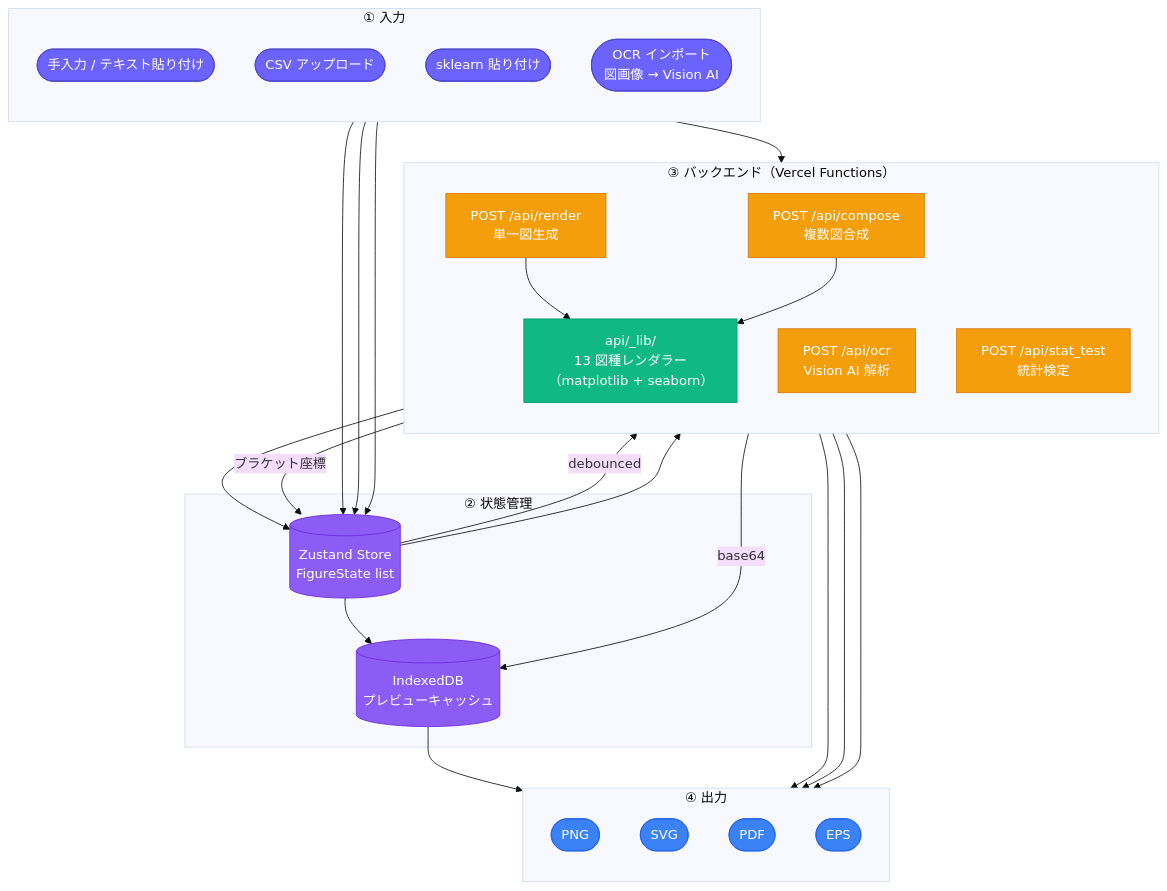
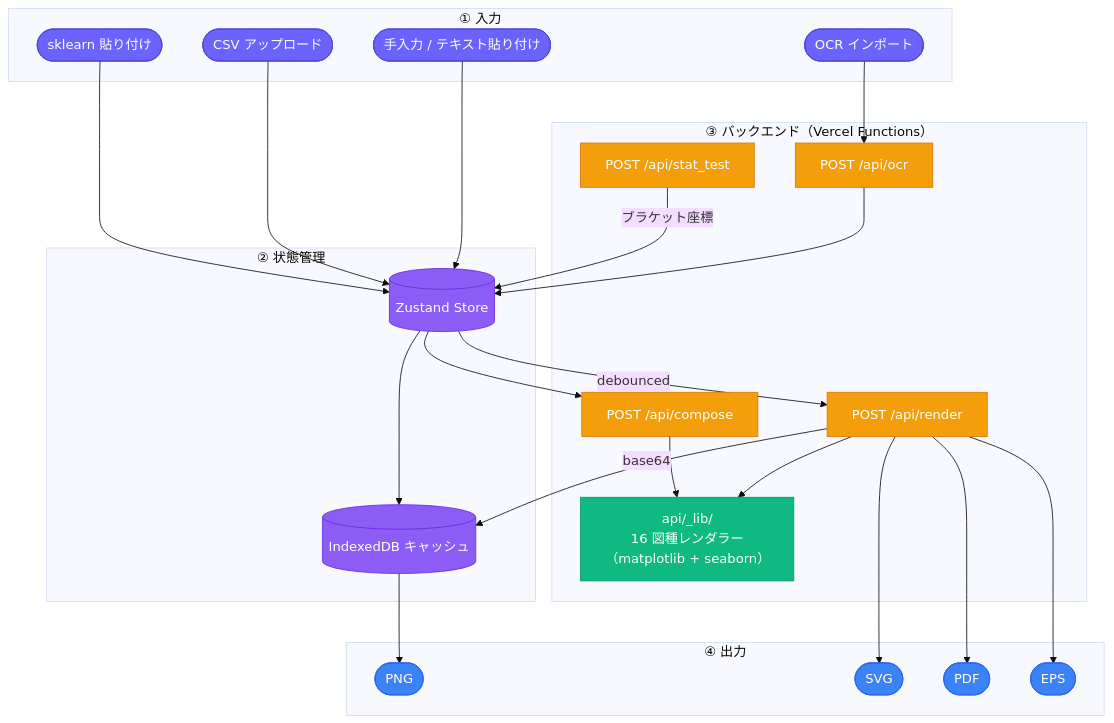
Before and after one commit to Axe0320/figure-modification: the first of 3 diagrams in README.md, drawn with Mermaid (base theme). The commit also changed other lines of this file and 12 other files, not shown here.

First line of the commit message:
feat: add stacked bar, combo chart, pie chart; reorder figure tabs; update README

````diff
--- a/README.md
+++ b/README.md
@@ -120,54 +133,47 @@
 ```mermaid
 flowchart TD
     classDef input  fill:#6C63FF,color:#fff,stroke:#4a44cc
     classDef api    fill:#F59E0B,color:#fff,stroke:#D97706
     classDef render fill:#10B981,color:#fff,stroke:#059669
     classDef out    fill:#3B82F6,color:#fff,stroke:#2563EB
     classDef store  fill:#8B5CF6,color:#fff,stroke:#6D28D9
 
     subgraph IN["① 入力"]
-        direction TB
         M([手入力 / テキスト貼り付け]):::input
         C([CSV アップロード]):::input
         SK([sklearn 貼り付け]):::input
-        OCR([OCR インポート\n図画像 → Vision AI]):::input
+        OCR([OCR インポート]):::input
     end
 
     subgraph STORE["② 状態管理"]
-        ZU[(Zustand Store\nFigureState list)]:::store
-        IDB[(IndexedDB\nプレビューキャッシュ)]:::store
+        ZU[(Zustand Store)]:::store
+        IDB[(IndexedDB キャッシュ)]:::store
     end
 
     subgraph BACKEND["③ バックエンド（Vercel Functions）"]
-        direction TB
-        RND["POST /api/render\n単一図生成"]:::api
-        CMP["POST /api/compose\n複数図合成"]:::api
-        OCR2["POST /api/ocr\nVision AI 解析"]:::api
-        STAT["POST /api/stat_test\n統計検定"]:::api
-        LIB["api/_lib/\n13 図種レンダラー\n（matplotlib + seaborn）"]:::render
+        RND["POST /api/render"]:::api
+        CMP["POST /api/compose"]:::api
+        OCR2["POST /api/ocr"]:::api
+        STAT["POST /api/stat_test"]:::api
+        LIB["api/_lib/\n16 図種レンダラー\n（matplotlib + seaborn）"]:::render
         RND --> LIB
         CMP --> LIB
     end
 
     subgraph OUT["④ 出力"]
-        direction TB
         PNG([PNG]):::out
         SVG([SVG]):::out
         PDF([PDF]):::out
         EPS([EPS]):::out
     end
 
-    M --> ZU
-    C --> ZU
-    SK --> ZU
+    M & C & SK --> ZU
     OCR --> OCR2 --> ZU
-    ZU -->|"debounced"| RND
+    ZU -->|debounced| RND
     ZU --> IDB
-    RND -->|"base64"| IDB
+    RND -->|base64| IDB
     ZU --> CMP
-    STAT -->|"ブラケット座標"| ZU
+    STAT -->|ブラケット座標| ZU
     IDB --> PNG
-    RND --> SVG
-    RND --> PDF
-    RND --> EPS
+    RND --> SVG & PDF & EPS
 ```
````
